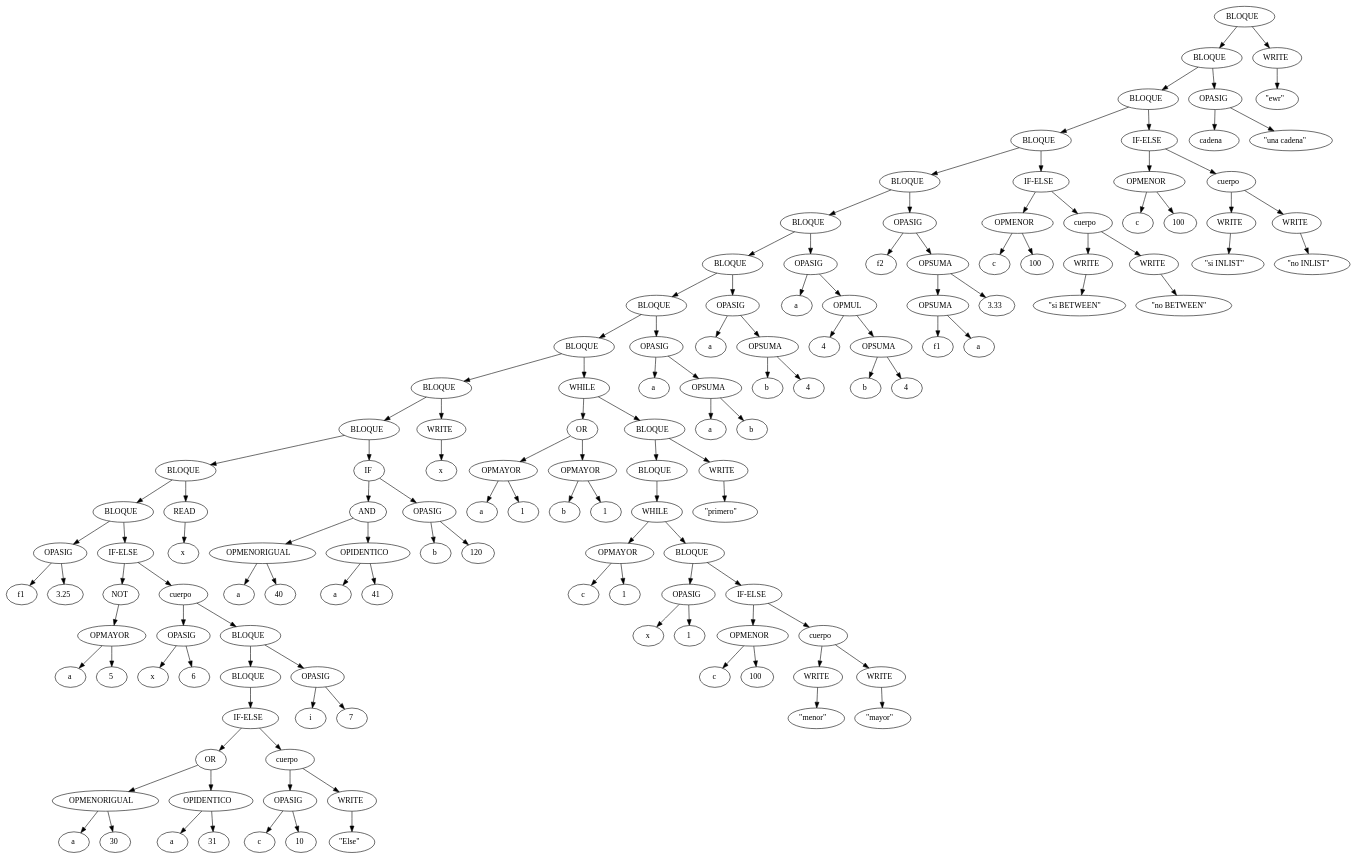
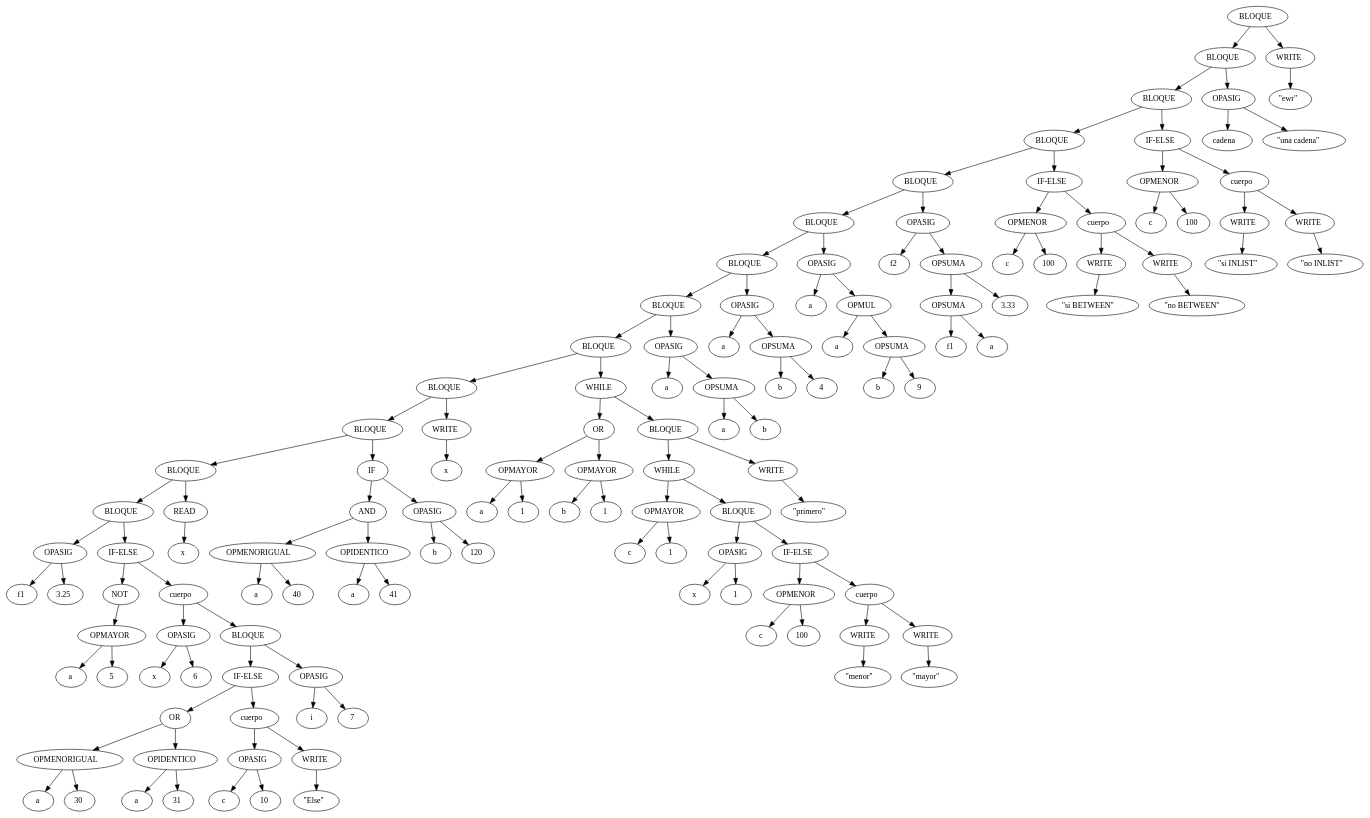
The diagram in Grupo14/gragh.dot (Apolo-Accattoli/LyC-2022-1C), drawn with Graphviz before and after one commit. The commit also changed 7 other files, not shown here.

```diff
--- a/Grupo14/gragh.dot
+++ b/Grupo14/gragh.dot
@@ -50,36 +50,34 @@
 x32773 -> x65548;
 x32774 [label=<BLOQUE>];
 x16386 -> x32774;
-x65549 [label=<BLOQUE>];
+x65549 [label=<IF-ELSE>];
 x32774 -> x65549;
-x131099 [label=<IF-ELSE>];
+x131099 [label=<OR>];
 x65549 -> x131099;
-x262199 [label=<OR>];
+x262199 [label=<OPMENORIGUAL>];
 x131099 -> x262199;
-x524399 [label=<OPMENORIGUAL>];
+x524399 [label=<a>];
 x262199 -> x524399;
-x1048799 [label=<a>];
-x524399 -> x1048799;
-x1048800 [label=<30>];
-x524399 -> x1048800;
-x524400 [label=<OPIDENTICO>];
+x524400 [label=<30>];
 x262199 -> x524400;
-x1048801 [label=<a>];
-x524400 -> x1048801;
-x1048802 [label=<31>];
-x524400 -> x1048802;
-x262200 [label=<cuerpo>];
+x262200 [label=<OPIDENTICO>];
 x131099 -> x262200;
-x524401 [label=<OPASIG>];
+x524401 [label=<a>];
 x262200 -> x524401;
-x1048803 [label=<c>];
-x524401 -> x1048803;
-x1048804 [label=<10>];
-x524401 -> x1048804;
-x524402 [label=<WRITE>];
+x524402 [label=<31>];
 x262200 -> x524402;
-x1048805 [label=<"Else">];
-x524402 -> x1048805;
+x131100 [label=<cuerpo>];
+x65549 -> x131100;
+x262201 [label=<OPASIG>];
+x131100 -> x262201;
+x524403 [label=<c>];
+x262201 -> x524403;
+x524404 [label=<10>];
+x262201 -> x524404;
+x262202 [label=<WRITE>];
+x131100 -> x262202;
+x524405 [label=<"Else">];
+x262202 -> x524405;
 x65550 [label=<OPASIG>];
 x32774 -> x65550;
 x131101 [label=<i>];
@@ -134,42 +132,40 @@
 x2052 -> x4106;
 x1026 [label=<BLOQUE>];
 x512 -> x1026;
-x2053 [label=<BLOQUE>];
+x2053 [label=<WHILE>];
 x1026 -> x2053;
-x4107 [label=<WHILE>];
+x4107 [label=<OPMAYOR>];
 x2053 -> x4107;
-x8215 [label=<OPMAYOR>];
+x8215 [label=<c>];
 x4107 -> x8215;
-x16431 [label=<c>];
-x8215 -> x16431;
-x16432 [label=<1>];
-x8215 -> x16432;
-x8216 [label=<BLOQUE>];
+x8216 [label=<1>];
 x4107 -> x8216;
-x16433 [label=<OPASIG>];
-x8216 -> x16433;
-x32867 [label=<x>];
-x16433 -> x32867;
-x32868 [label=<1>];
-x16433 -> x32868;
-x16434 [label=<IF-ELSE>];
-x8216 -> x16434;
-x32869 [label=<OPMENOR>];
-x16434 -> x32869;
-x65739 [label=<c>];
-x32869 -> x65739;
-x65740 [label=<100>];
-x32869 -> x65740;
-x32870 [label=<cuerpo>];
-x16434 -> x32870;
-x65741 [label=<WRITE>];
-x32870 -> x65741;
-x131483 [label=<"menor">];
-x65741 -> x131483;
-x65742 [label=<WRITE>];
-x32870 -> x65742;
-x131485 [label=<"mayor">];
-x65742 -> x131485;
+x4108 [label=<BLOQUE>];
+x2053 -> x4108;
+x8217 [label=<OPASIG>];
+x4108 -> x8217;
+x16435 [label=<x>];
+x8217 -> x16435;
+x16436 [label=<1>];
+x8217 -> x16436;
+x8218 [label=<IF-ELSE>];
+x4108 -> x8218;
+x16437 [label=<OPMENOR>];
+x8218 -> x16437;
+x32875 [label=<c>];
+x16437 -> x32875;
+x32876 [label=<100>];
+x16437 -> x32876;
+x16438 [label=<cuerpo>];
+x8218 -> x16438;
+x32877 [label=<WRITE>];
+x16438 -> x32877;
+x65755 [label=<"menor">];
+x32877 -> x65755;
+x32878 [label=<WRITE>];
+x16438 -> x32878;
+x65757 [label=<"mayor">];
+x32878 -> x65757;
 x2054 [label=<WRITE>];
 x1026 -> x2054;
 x4109 [label=<"primero">];
@@ -200,13 +196,13 @@
 x64 -> x129;
 x130 [label=<OPMUL>];
 x64 -> x130;
-x261 [label=<4>];
+x261 [label=<a>];
 x130 -> x261;
 x262 [label=<OPSUMA>];
 x130 -> x262;
 x525 [label=<b>];
 x262 -> x525;
-x526 [label=<4>];
+x526 [label=<9>];
 x262 -> x526;
 x32 [label=<OPASIG>];
 x15 -> x32;
```
